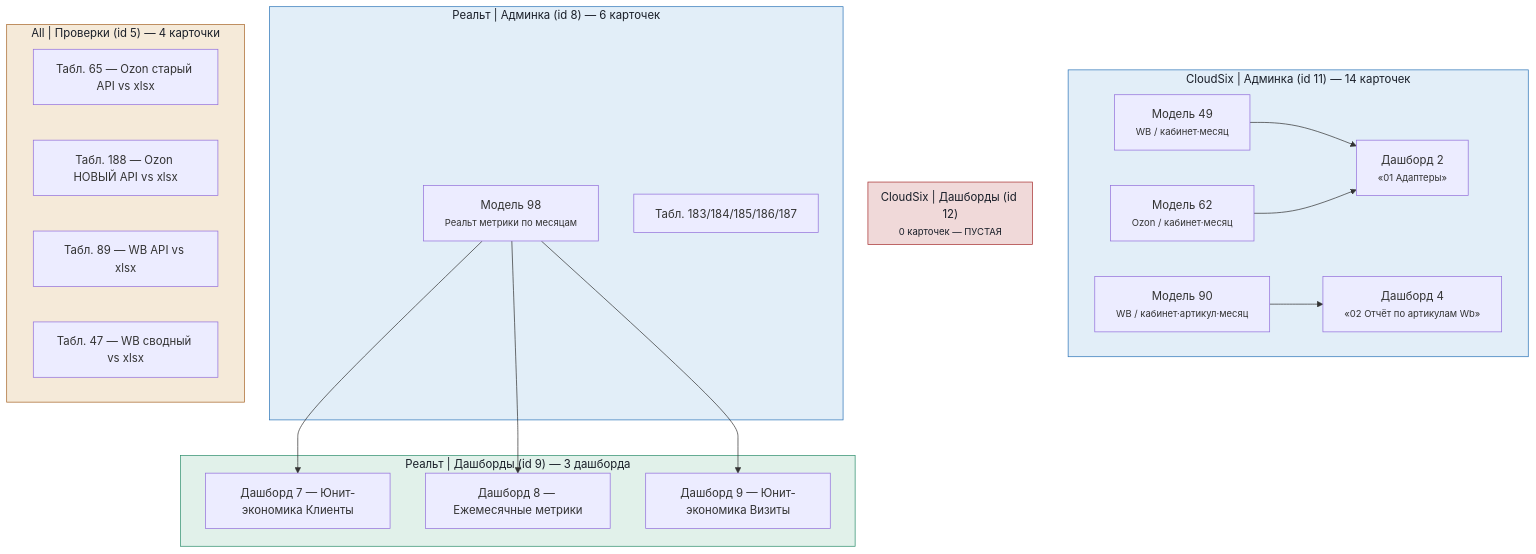
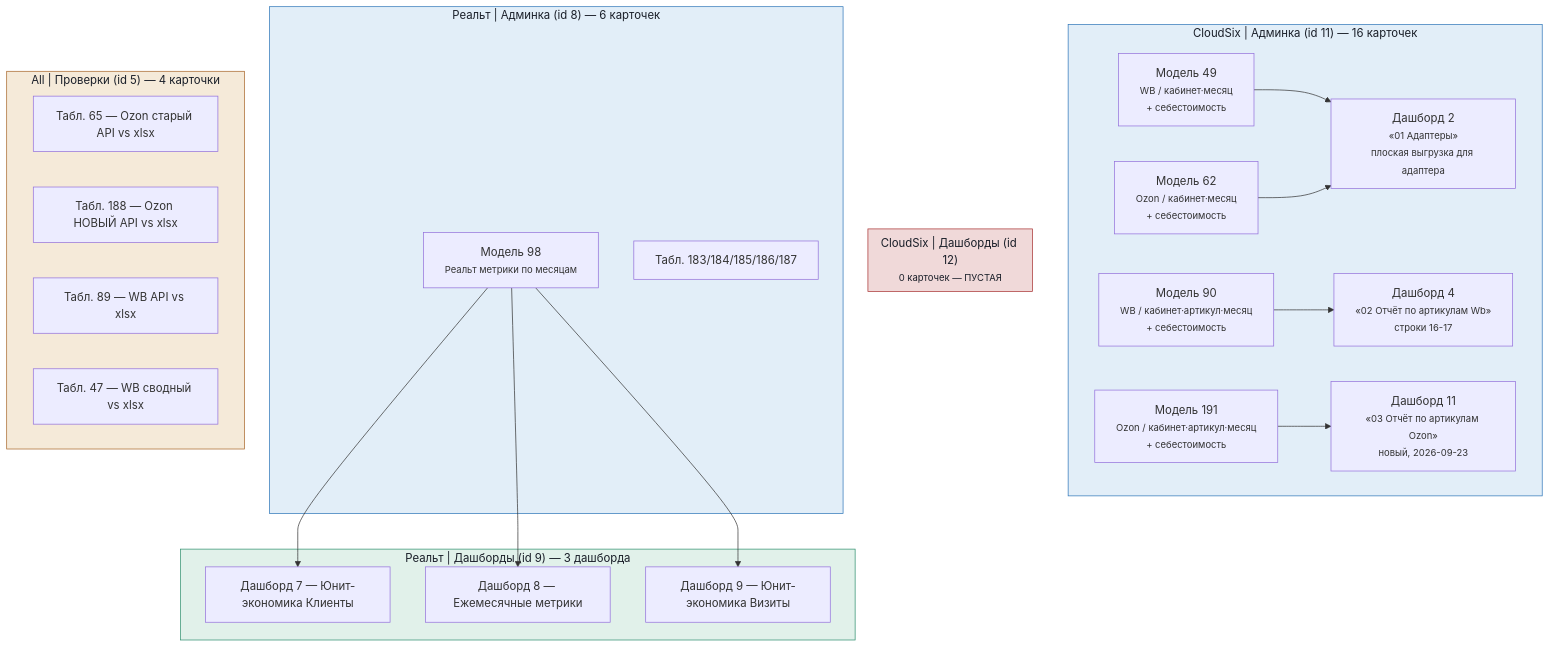
One commit to IGfinance/bf-analytics-platform changed the fifth of 5 diagrams in docs/architecture-map.md. Above: the diagram before and after it, drawn with Mermaid. The commit also changed other lines of this file and 6 other files, not shown here.

````diff
--- a/docs/architecture-map.md
+++ b/docs/architecture-map.md
@@ -220,42 +224,45 @@
 ```mermaid
 flowchart TD
-    subgraph ADMIN_CS["CloudSix | Админка (id 11) — 14 карточек"]
-        M49["Модель 49<br/><small>WB / кабинет·месяц</small>"]
-        M62["Модель 62<br/><small>Ozon / кабинет·месяц</small>"]
-        M90["Модель 90<br/><small>WB / кабинет·артикул·месяц</small>"]
-        DASH2["Дашборд 2<br/><small>«01 Адаптеры»</small>"]
-        DASH4["Дашборд 4<br/><small>«02 Отчёт по артикулам Wb»</small>"]
+    subgraph ADMIN_CS["CloudSix | Админка (id 11) — 16 карточек"]
+        M49["Модель 49<br/><small>WB / кабинет·месяц<br/>+ себестоимость</small>"]
+        M62["Модель 62<br/><small>Ozon / кабинет·месяц<br/>+ себестоимость</small>"]
+        M191["Модель 191<br/><small>Ozon / кабинет·артикул·месяц<br/>+ себестоимость</small>"]
+        M90["Модель 90<br/><small>WB / кабинет·артикул·месяц<br/>+ себестоимость</small>"]
+        DASH2["Дашборд 2<br/><small>«01 Адаптеры»<br/>плоская выгрузка для адаптера</small>"]
+        DASH4["Дашборд 4<br/><small>«02 Отчёт по артикулам Wb»<br/>строки 16-17</small>"]
+        DASH11["Дашборд 11<br/><small>«03 Отчёт по артикулам Ozon»<br/>новый, 2026-09-23</small>"]
     end
     subgraph DASH_CS["CloudSix | Дашборды (id 12)<br/><small>0 карточек — ПУСТАЯ</small>"]
     end
 
     subgraph ADMIN_RT["Реальт | Админка (id 8) — 6 карточек"]
         M98["Модель 98<br/><small>Реальт метрики по месяцам</small>"]
         C183["Табл. 183/184/185/186/187"]
     end
     subgraph DASH_RT["Реальт | Дашборды (id 9) — 3 дашборда"]
         RD7["Дашборд 7 — Юнит-экономика Клиенты"]
         RD8["Дашборд 8 — Ежемесячные метрики"]
         RD9["Дашборд 9 — Юнит-экономика Визиты"]
     end
 
     subgraph CHECKS["All | Проверки (id 5) — 4 карточки"]
         T65["Табл. 65 — Ozon старый API vs xlsx"]
         T188["Табл. 188 — Ozon НОВЫЙ API vs xlsx"]
         T89["Табл. 89 — WB API vs xlsx"]
         T47["Табл. 47 — WB сводный vs xlsx"]
     end
 
     M49 --> DASH2
     M62 --> DASH2
     M90 --> DASH4
+    M191 --> DASH11
     M98 --> RD7
     M98 --> RD8
     M98 --> RD9
 
     style ADMIN_CS fill:#e2eef8,stroke:#2e76b8,color:#1a1f29
     style DASH_CS fill:#f0d9d9,stroke:#a83232,color:#1a1f29
     style ADMIN_RT fill:#e2eef8,stroke:#2e76b8,color:#1a1f29
     style DASH_RT fill:#e1f1ea,stroke:#2f8f6e,color:#1a1f29
     style CHECKS fill:#f5ead9,stroke:#a8672b,color:#1a1f29
 ```
````
